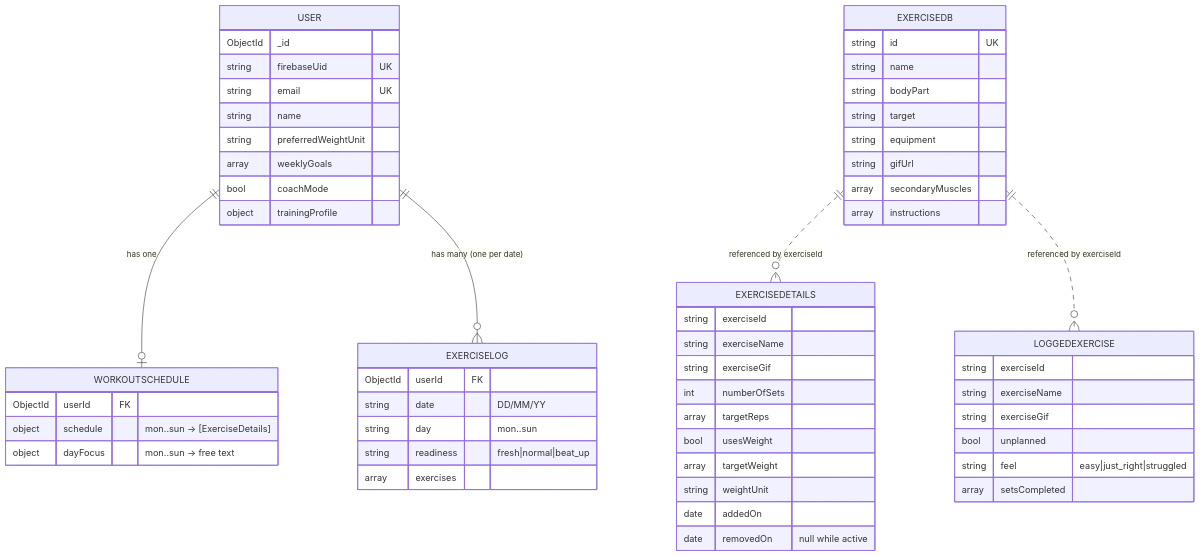
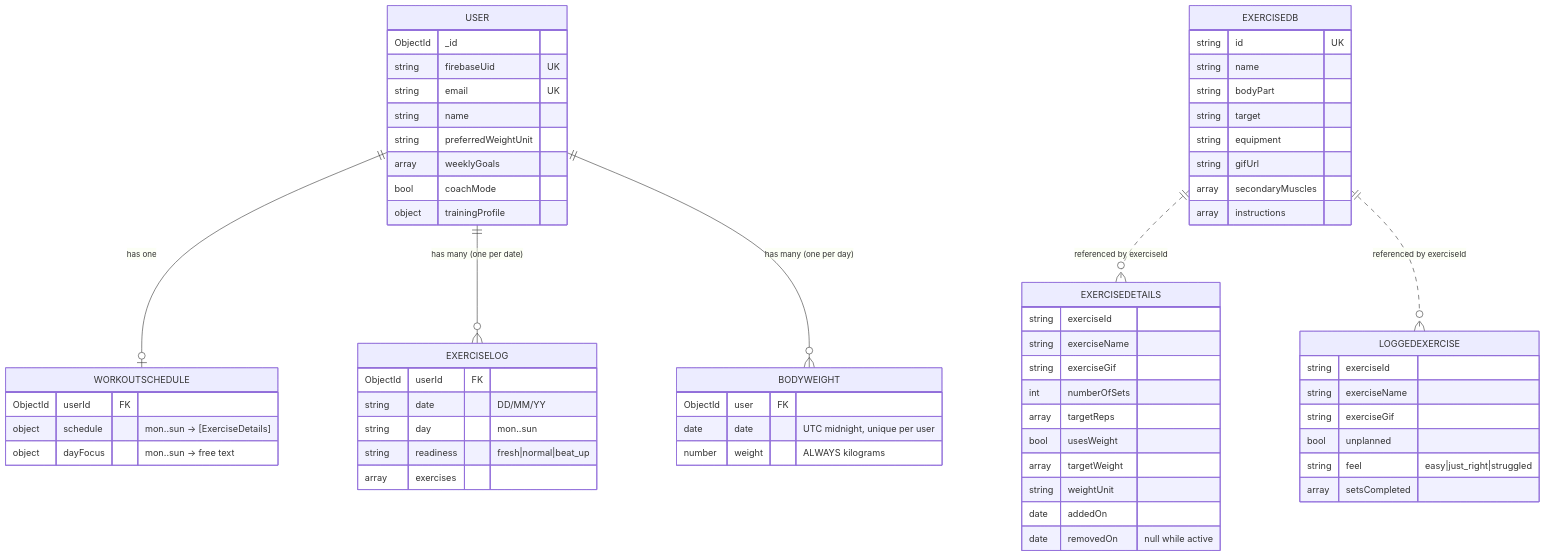
The third of 10 diagrams in docs/ARCHITECTURE.md (Suyogm32/FitVoyage), drawn with Mermaid before and after one commit. The commit also changed other lines of this file and 41 other files, not shown here.

````diff
--- a/docs/ARCHITECTURE.md
+++ b/docs/ARCHITECTURE.md
@@ -113,65 +113,72 @@
 ```mermaid
 erDiagram
     USER ||--o| WORKOUTSCHEDULE : "has one"
     USER ||--o{ EXERCISELOG : "has many (one per date)"
+    USER ||--o{ BODYWEIGHT : "has many (one per day)"
     EXERCISEDB ||..o{ EXERCISEDETAILS : "referenced by exerciseId"
     EXERCISEDB ||..o{ LOGGEDEXERCISE : "referenced by exerciseId"
 
     USER {
         ObjectId _id
         string firebaseUid UK
         string email UK
         string name
         string preferredWeightUnit
         array weeklyGoals
         bool coachMode
         object trainingProfile
     }
 
     WORKOUTSCHEDULE {
         ObjectId userId FK
         object schedule "mon..sun -> [ExerciseDetails]"
         object dayFocus "mon..sun -> free text"
     }
 
     EXERCISEDETAILS {
         string exerciseId
         string exerciseName
         string exerciseGif
         int numberOfSets
         array targetReps
         bool usesWeight
         array targetWeight
         string weightUnit
         date addedOn
         date removedOn "null while active"
     }
 
     EXERCISELOG {
         ObjectId userId FK
         string date "DD/MM/YY"
         string day "mon..sun"
         string readiness "fresh|normal|beat_up"
         array exercises
     }
 
     LOGGEDEXERCISE {
         string exerciseId
         string exerciseName
         string exerciseGif
         bool unplanned
         string feel "easy|just_right|struggled"
         array setsCompleted
     }
 
     EXERCISEDB {
         string id UK
         string name
         string bodyPart
         string target
         string equipment
         string gifUrl
         array secondaryMuscles
         array instructions
     }
+
+    BODYWEIGHT {
+        ObjectId user FK
+        date date "UTC midnight, unique per user"
+        number weight "ALWAYS kilograms"
+    }
 ```
````
